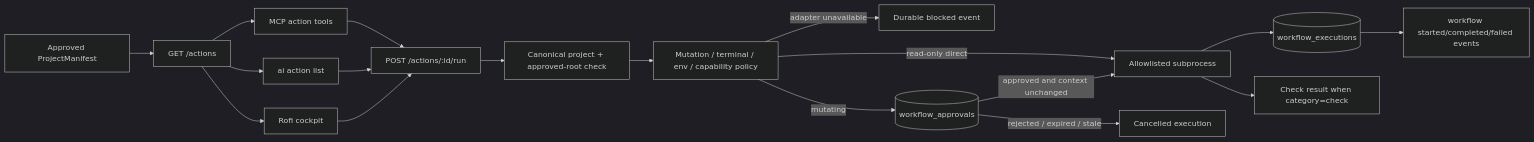
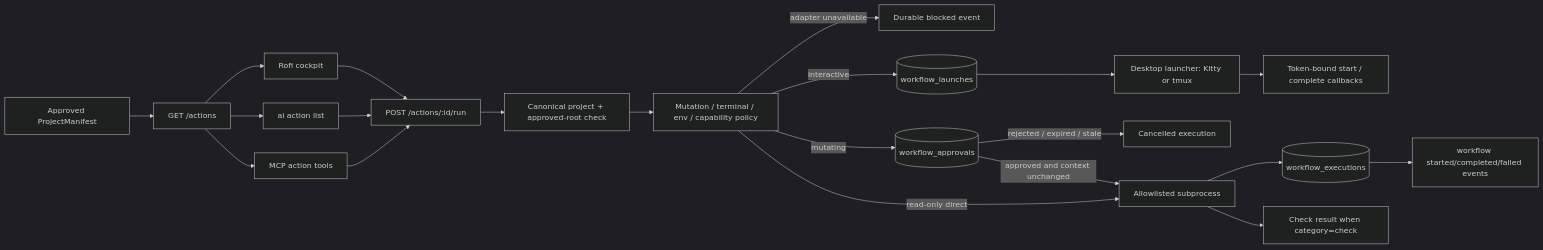
Before and after one commit to namikofficial/ai: the diagram in docs/WORKFLOW_EXECUTION.md, drawn with Mermaid (dark theme). The commit also changed other lines of this file and 6 other files, not shown here.

Commit message:
feat: enhance workflow execution and CLI commands with interactive launch support

````diff
--- a/docs/WORKFLOW_EXECUTION.md
+++ b/docs/WORKFLOW_EXECUTION.md
@@ -13,20 +14,23 @@
 ```mermaid
 flowchart LR
   Manifest[Approved ProjectManifest] --> Actions[GET /actions]
   Actions --> Rofi[Rofi cockpit]
   Actions --> CLI[ai action list]
   Actions --> MCP[MCP action tools]
   Rofi --> Run[POST /actions/:id/run]
   CLI --> Run
   MCP --> Run
   Run --> Scope[Canonical project + approved-root check]
   Scope --> Policy[Mutation / terminal / env / capability policy]
   Policy -->|adapter unavailable| Audit[Durable blocked event]
   Policy -->|mutating| Approval[(workflow_approvals)]
   Approval -->|approved and context unchanged| Exec
   Approval -->|rejected / expired / stale| Cancelled[Cancelled execution]
   Policy -->|read-only direct| Exec[Allowlisted subprocess]
+  Policy -->|interactive| Launch[(workflow_launches)]
+  Launch --> Desktop[Desktop launcher: Kitty or tmux]
+  Desktop --> Lifecycle[Token-bound start / complete callbacks]
   Exec --> DB[(workflow_executions)]
   Exec --> Check[Check result when category=check]
   DB --> Events[workflow started/completed/failed events]
 ```
````
